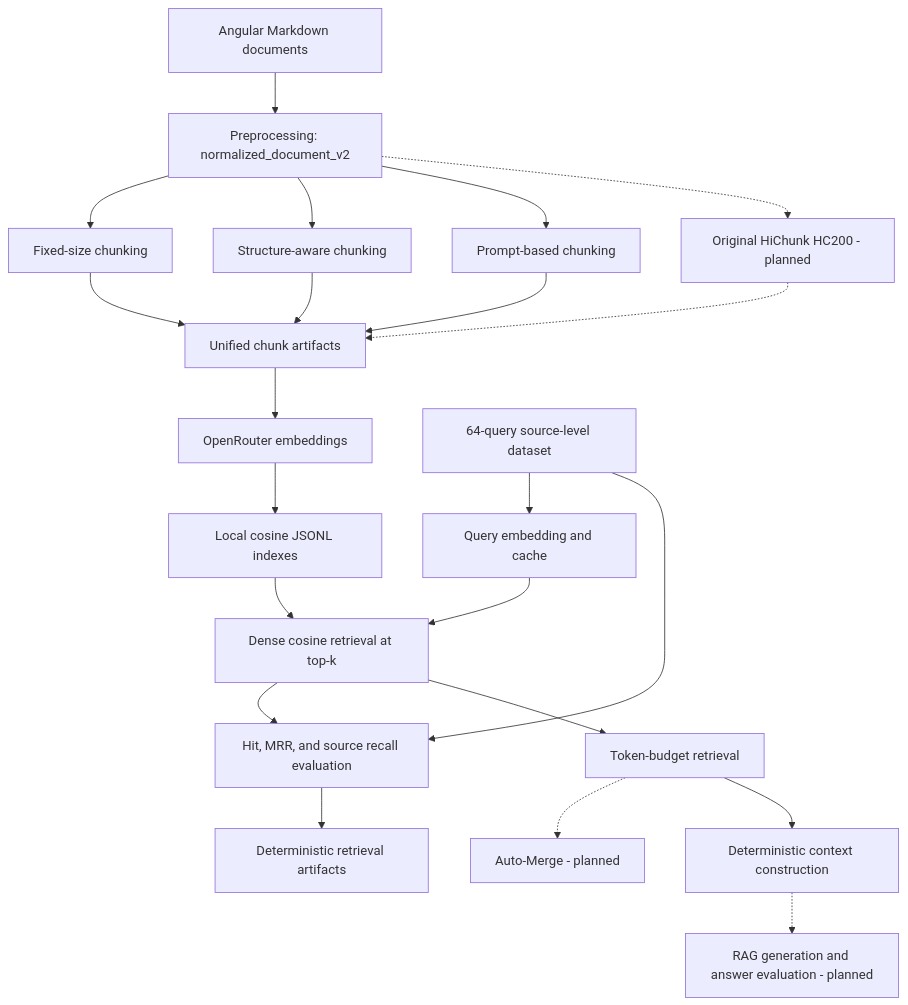
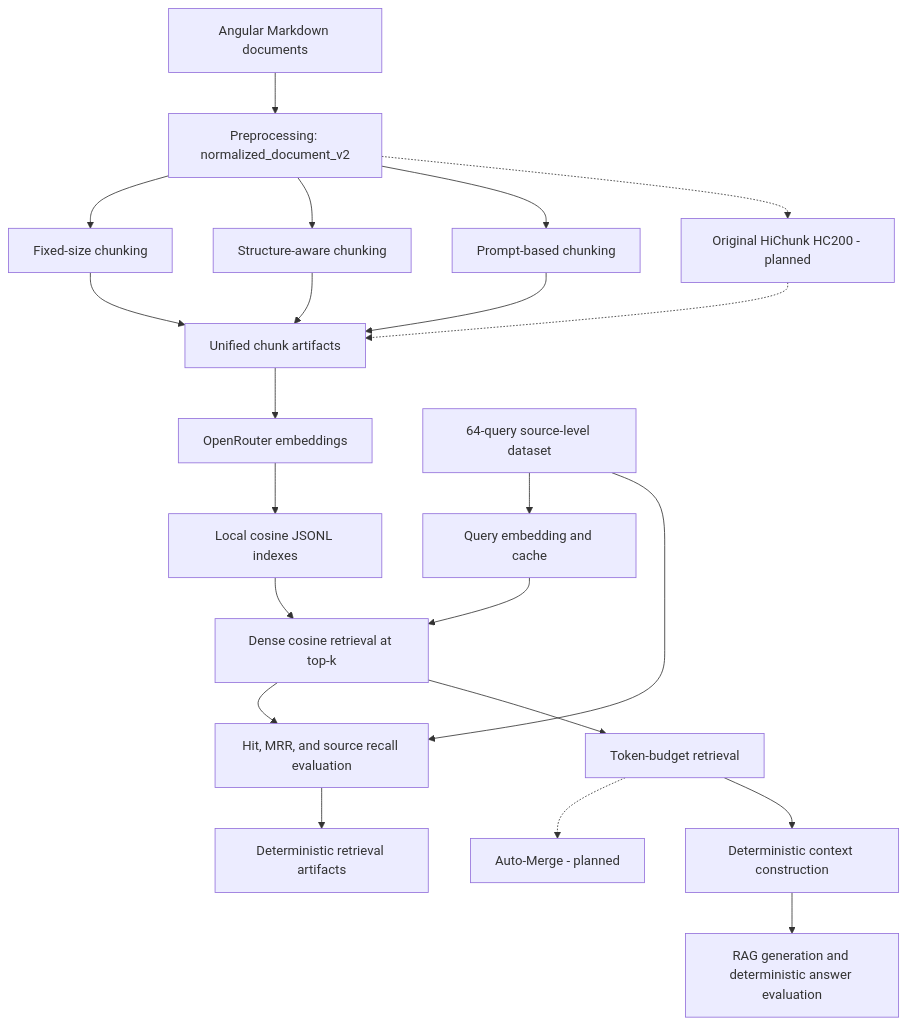
Before and after one commit to binhminh28/nlp-final-project-rag-v2: the diagram in README.md, drawn with Mermaid. The commit also changed other lines of this file and 9 other files, not shown here.

First line of the commit message:
Add offline answer evaluation and benchmark publication

````diff
--- a/README.md
+++ b/README.md
@@ -35,29 +39,29 @@
 ```mermaid
 flowchart TD
     DOCS["Angular Markdown documents"] --> PRE["Preprocessing: normalized_document_v2"]
 
     PRE --> FIXED["Fixed-size chunking"]
     PRE --> STRUCTURE["Structure-aware chunking"]
     PRE --> PROMPT["Prompt-based chunking"]
 
     FIXED --> CHUNKS["Unified chunk artifacts"]
     STRUCTURE --> CHUNKS
     PROMPT --> CHUNKS
 
     CHUNKS --> EMBED["OpenRouter embeddings"]
     EMBED --> INDEX["Local cosine JSONL indexes"]
 
     DATASET["64-query source-level dataset"] --> QUERY["Query embedding and cache"]
     QUERY --> SEARCH["Dense cosine retrieval at top-k"]
     INDEX --> SEARCH
     SEARCH --> EVAL["Hit, MRR, and source recall evaluation"]
     DATASET --> EVAL
     EVAL --> RESULTS["Deterministic retrieval artifacts"]
 
     PRE -.-> HICHUNK["Original HiChunk HC200 - planned"]
     HICHUNK -.-> CHUNKS
     SEARCH --> BUDGET["Token-budget retrieval"]
     BUDGET -.-> AUTOMERGE["Auto-Merge - planned"]
     BUDGET --> CONTEXT["Deterministic context construction"]
-    CONTEXT -.-> RAG["RAG generation and answer evaluation - planned"]
+    CONTEXT --> RAG["RAG generation and deterministic answer evaluation"]
 ```
````
